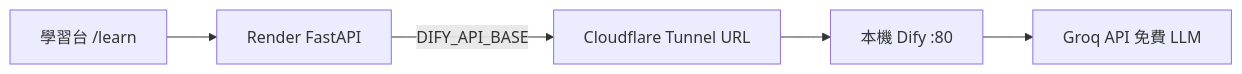
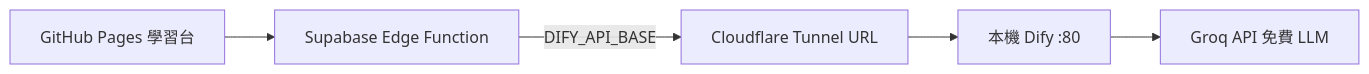
The diagram in deploy/dify-cloud-setup.md (frobel0520/AI-Agent-Tutorial), drawn with Mermaid before and after one commit. The commit also changed other lines of this file and 7 other files, not shown here.

First line of the commit message:
Update deployment documentation for GitHub Pages and Supabase

````diff
--- a/deploy/dify-cloud-setup.md
+++ b/deploy/dify-cloud-setup.md
@@ -11,7 +11,7 @@
 ```mermaid
 flowchart LR
-    User[學習台 /learn] --> Render[Render FastAPI]
-    Render -->|DIFY_API_BASE| Tunnel[Cloudflare Tunnel URL]
+    User[GitHub Pages 學習台] --> Edge[Supabase Edge Function]
+    Edge -->|DIFY_API_BASE| Tunnel[Cloudflare Tunnel URL]
     Tunnel --> Dify[本機 Dify :80]
     Dify --> Groq[Groq API 免費 LLM]
 ```
````
